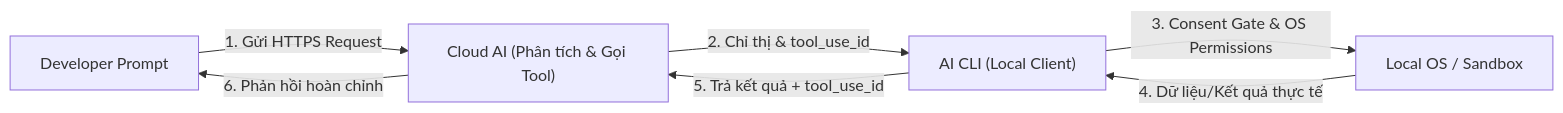
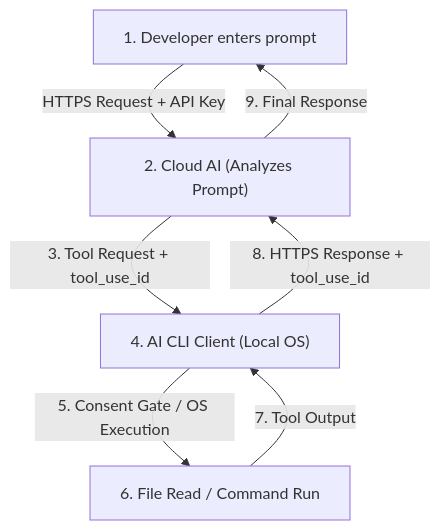
Before and after one commit to hahuyhungdev/ai-coding-config: the diagram in docs/TOOL_CALL_SECURITY.md, drawn with Mermaid. The commit also changed other lines of this file, not shown here.

Commit message:
docs: translate tool calling flow to english and make diagram vertical

````diff
--- a/docs/TOOL_CALL_SECURITY.md
+++ b/docs/TOOL_CALL_SECURITY.md
@@ -27,9 +27,9 @@
 ```mermaid
-graph LR
-    Dev["Developer Prompt"] -->|1. Gửi HTTPS Request| Cloud["Cloud AI (Phân tích & Gọi Tool)"]
-    Cloud -->|2. Chỉ thị & tool_use_id| Client["AI CLI (Local Client)"]
-    Client -->|3. Consent Gate & OS Permissions| OS["Local OS / Sandbox"]
-    OS -->|4. Dữ liệu/Kết quả thực tế| Client
-    Client -->|5. Trả kết quả + tool_use_id| Cloud
-    Cloud -->|6. Phản hồi hoàn chỉnh| Dev
+graph TD
+    Dev["1. Developer enters prompt"] -->|HTTPS Request + API Key| Cloud["2. Cloud AI (Analyzes Prompt)"]
+    Cloud -->|3. Tool Request + tool_use_id| Client["4. AI CLI Client (Local OS)"]
+    Client -->|5. Consent Gate / OS Execution| Host["6. File Read / Command Run"]
+    Host -->|7. Tool Output| Client
+    Client -->|8. HTTPS Response + tool_use_id| Cloud
+    Cloud -->|9. Final Response| Dev
 ```
````
